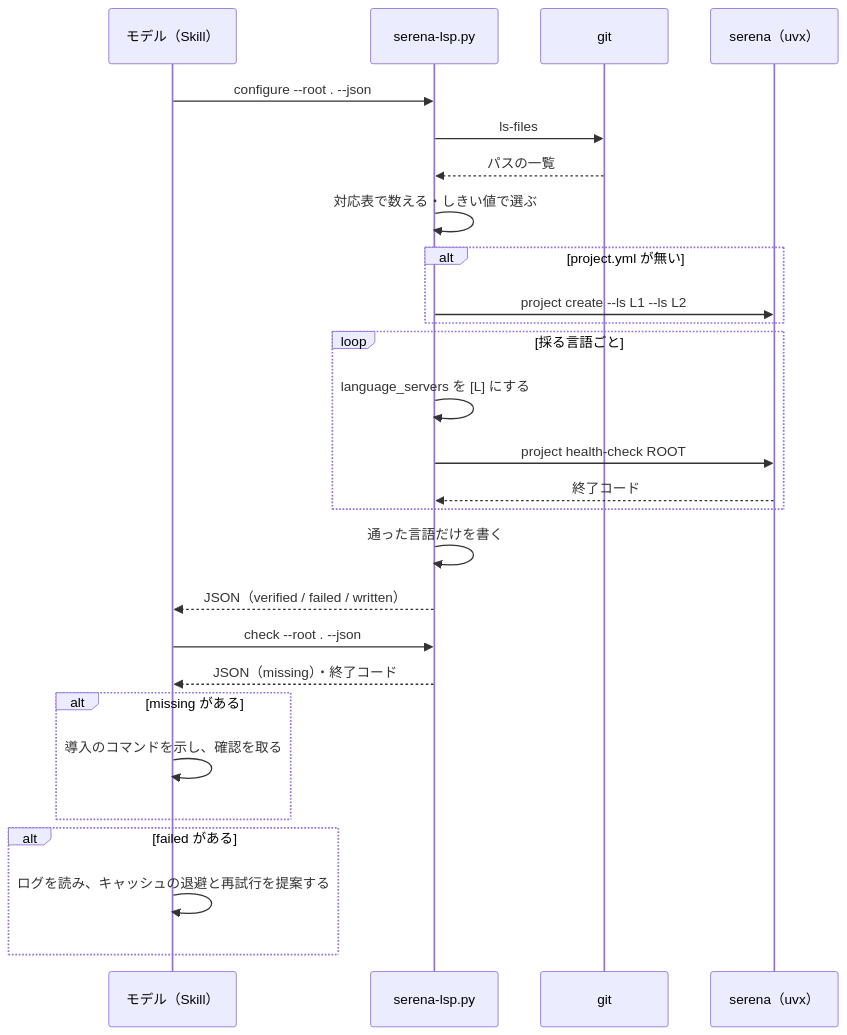
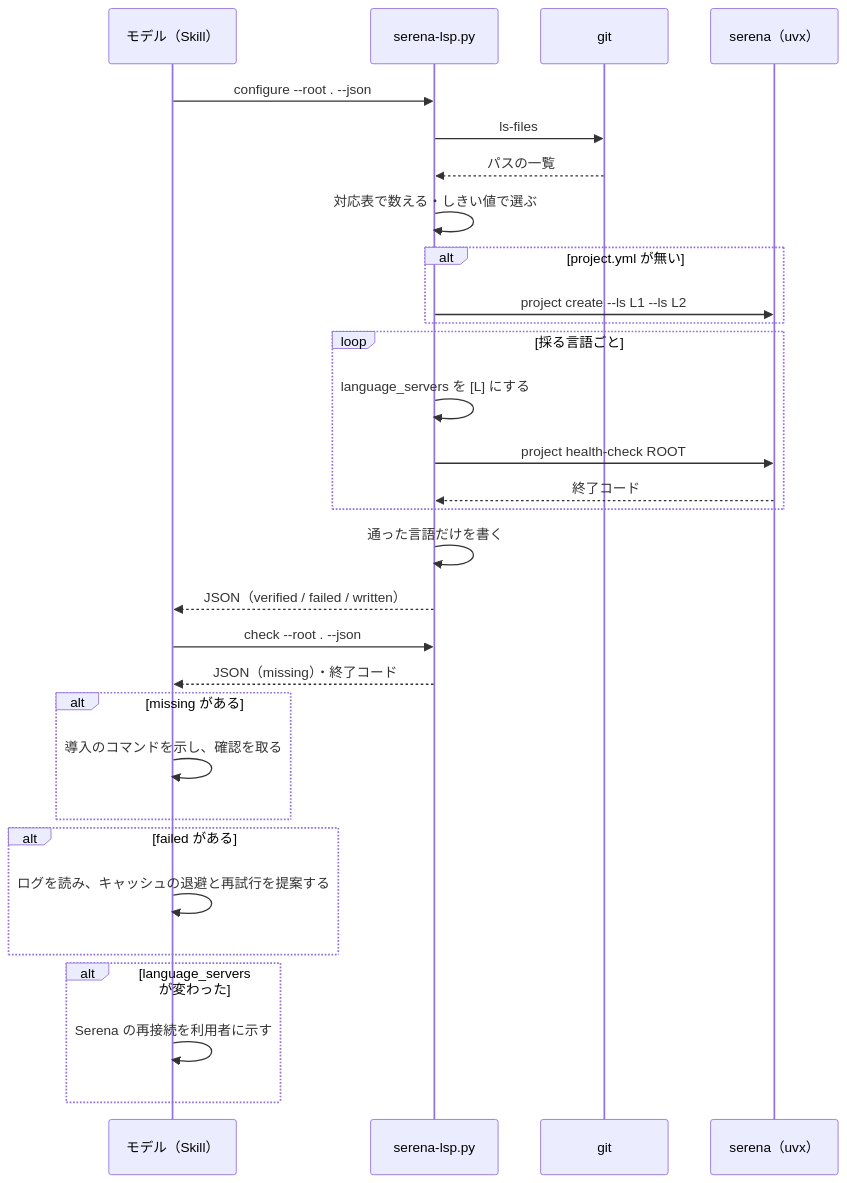
One commit to devbasex/ai-plugins changed the third of 4 diagrams in issues/issue-818-design.md. Above: the diagram before and after it, drawn with Mermaid. The commit also changed other lines of this file and 3 other files, not shown here.

````diff
--- a/issues/issue-818-design.md
+++ b/issues/issue-818-design.md
@@ -377,29 +400,32 @@
 ```mermaid
 sequenceDiagram
   participant M as モデル（Skill）
   participant C as serena-lsp.py
   participant G as git
   participant S as serena（uvx）
   M->>C: configure --root . --json
   C->>G: ls-files
   G-->>C: パスの一覧
   C->>C: 対応表で数える・しきい値で選ぶ
   alt project.yml が無い
     C->>S: project create --ls L1 --ls L2
   end
   loop 採る言語ごと
     C->>C: language_servers を [L] にする
     C->>S: project health-check ROOT
     S-->>C: 終了コード
   end
   C->>C: 通った言語だけを書く
   C-->>M: JSON（verified / failed / written）
   M->>C: check --root . --json
   C-->>M: JSON（missing）・終了コード
   alt missing がある
     M->>M: 導入のコマンドを示し、確認を取る
   end
   alt failed がある
     M->>M: ログを読み、キャッシュの退避と再試行を提案する
   end
+  alt language_servers が変わった
+    M->>M: Serena の再接続を利用者に示す
+  end
 ```
````
